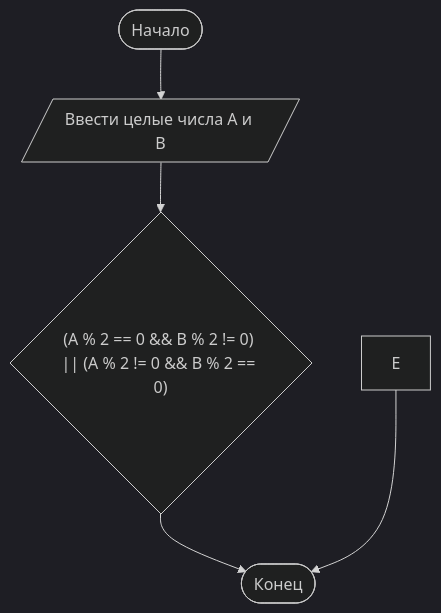
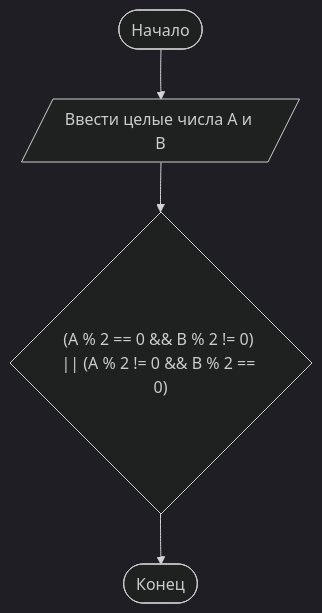
Before and after one commit to Lendic42/lava4: the diagram in README.md, drawn with Mermaid (dark theme).

````diff
--- a/README.md
+++ b/README.md
@@ -22,7 +22,7 @@
 ```mermaid
 flowchart TD
     A([Начало]) --> B[/Ввести целые числа A и B/]
     B --> D{"(A % 2 == 0 && B % 2 != 0) || (A % 2 != 0 && B % 2 == 0)"}
     D --> F([Конец])
-    E --> F
+    
 ```
````
